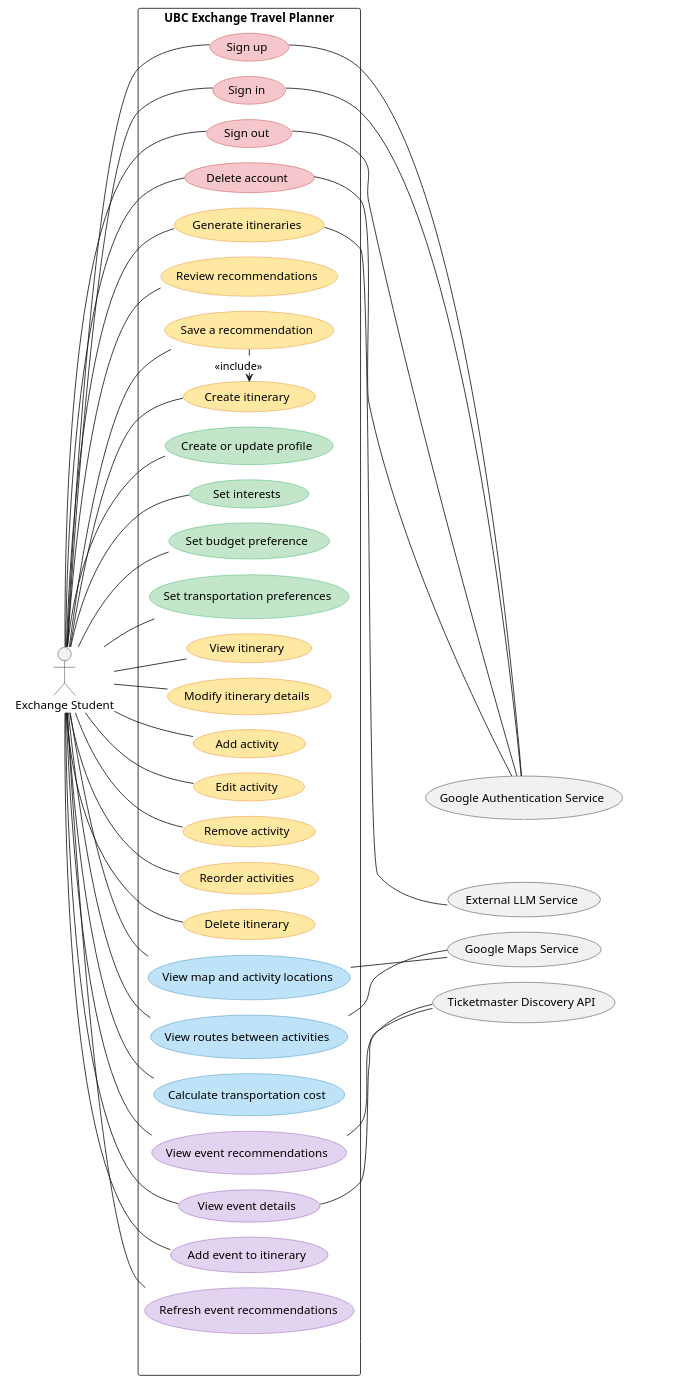
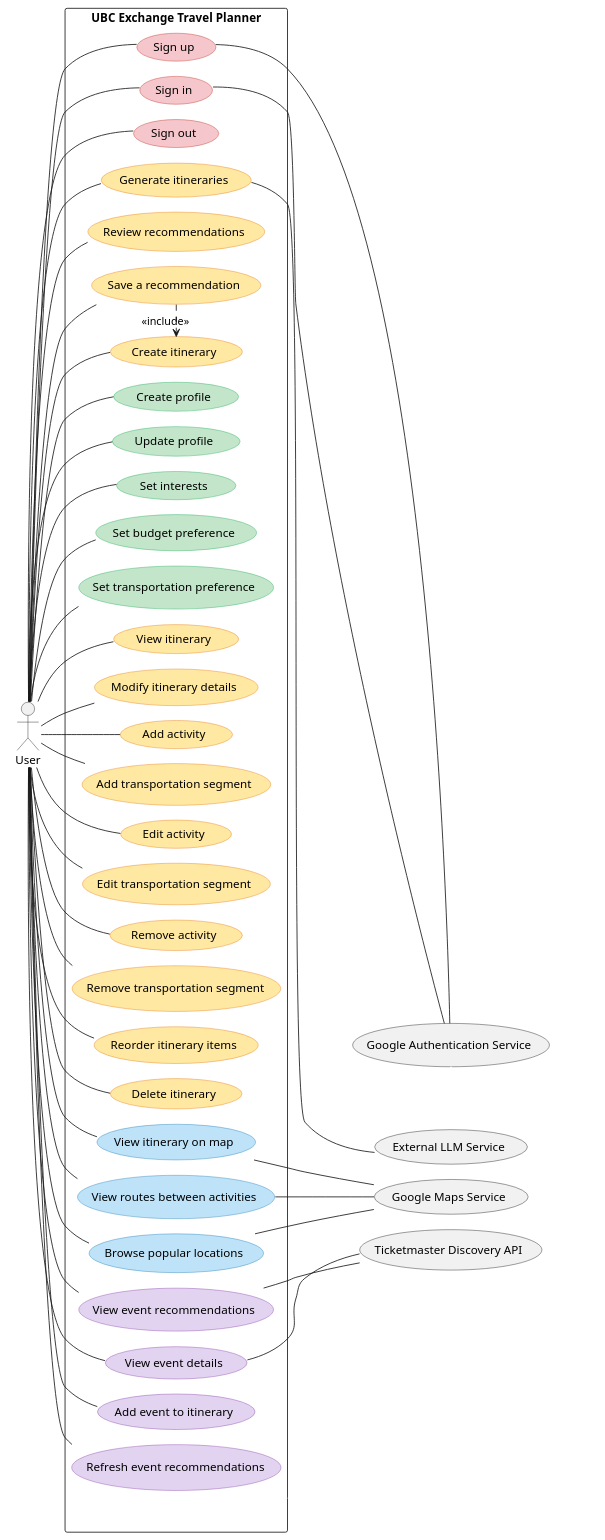
Before and after one commit to UBC-CPEN-V-321/W2026: the diagram in documentation/images/Usecase_diagram_recreated.puml, drawn with PlantUML. The commit also changed 83 other files, not shown here.

```diff
--- a/documentation/images/Usecase_diagram_recreated.puml
+++ b/documentation/images/Usecase_diagram_recreated.puml
@@ -1,116 +1,121 @@
-@startuml
+@startuml Usecase_diagram_user
 !pragma layout smetana
 left to right direction
 skinparam packageStyle rectangle
 skinparam ranksep 150
 skinparam nodesep 20
 hide stereotype
 
 skinparam rectangle {
   BorderColor<<invis>> Transparent
   BackgroundColor<<invis>> Transparent
   ShadowColor<<invis>> Transparent
   FontColor<<invis>> Transparent
 }
 
 skinparam usecase {
   BackgroundColor<<auth>> #F5C6CB
   BorderColor<<auth>> #C0392B
   BackgroundColor<<profile>> #C3E6CB
   BorderColor<<profile>> #27AE60
   BackgroundColor<<itinerary>> #FFE8A1
   BorderColor<<itinerary>> #E67E22
   BackgroundColor<<maps>> #BEE3F8
   BorderColor<<maps>> #2980B9
   BackgroundColor<<event>> #E2D4F0
   BorderColor<<event>> #8E44AD
 }
 
 rectangle " " as ActorsBox <<invis>> {
-  actor "Exchange Student" as Traveller
+  actor "User" as Traveller
 }
 
 rectangle "UBC Exchange Travel Planner" as SystemBox {
   usecase "Sign up" as UC1 <<auth>>
   usecase "Sign in" as UC2 <<auth>>
   usecase "Sign out" as UC3 <<auth>>
-  usecase "Delete account" as UC4 <<auth>>
 
   usecase "Generate itineraries" as UC14 <<itinerary>>
   usecase "Review recommendations" as UC19 <<itinerary>>
   usecase "Save a recommendation" as UC20 <<itinerary>>
   usecase "Create itinerary" as UC9 <<itinerary>>
 
-  usecase "Create or update profile" as UC5 <<profile>>
+  usecase "Create profile" as UC5 <<profile>>
+  usecase "Update profile" as UC27 <<profile>>
   usecase "Set interests" as UC6 <<profile>>
   usecase "Set budget preference" as UC7 <<profile>>
-  usecase "Set transportation preferences" as UC8 <<profile>>
+  usecase "Set transportation preference" as UC8 <<profile>>
 
   usecase "View itinerary" as UC10 <<itinerary>>
   usecase "Modify itinerary details" as UC21 <<itinerary>>
   usecase "Add activity" as UC11 <<itinerary>>
+  usecase "Add transportation segment" as UC29 <<itinerary>>
   usecase "Edit activity" as UC12 <<itinerary>>
+  usecase "Edit transportation segment" as UC30 <<itinerary>>
   usecase "Remove activity" as UC13 <<itinerary>>
-  usecase "Reorder activities" as UC22 <<itinerary>>
+  usecase "Remove transportation segment" as UC31 <<itinerary>>
+  usecase "Reorder itinerary items" as UC22 <<itinerary>>
   usecase "Delete itinerary" as UC23 <<itinerary>>
 
-  usecase "View map and activity locations" as UC15 <<maps>>
+  usecase "View itinerary on map" as UC15 <<maps>>
   usecase "View routes between activities" as UC16 <<maps>>
-  usecase "Calculate transportation cost" as UC17 <<maps>>
+  usecase "Browse popular locations" as UC28 <<maps>>
 
   usecase "View event recommendations" as UC18 <<event>>
   usecase "View event details" as UC24 <<event>>
   usecase "Add event to itinerary" as UC25 <<event>>
   usecase "Refresh event recommendations" as UC26 <<event>>
 }
 
 rectangle " " as ExternalBox <<invis>> {
   rectangle "External services horizontal spacing placeholder" as ExternalPad <<invis>>
   usecase "Google Authentication Service" as ExtAuth
   usecase "External LLM Service" as AIService
   usecase "Google Maps Service" as GoogleMaps
   usecase "Ticketmaster Discovery API" as EventService
 
   ExternalPad -[#FFFFFF]right-> ExtAuth
 }
 
 Traveller -- UC1
 Traveller -- UC2
 Traveller -- UC3
-Traveller -- UC4
 Traveller -- UC5
+Traveller -- UC27
 Traveller -- UC6
 Traveller -- UC7
 Traveller -- UC8
 Traveller -- UC9
 Traveller -- UC10
 Traveller -- UC19
 Traveller -- UC20
 Traveller -- UC21
 Traveller -- UC11
+Traveller -- UC29
 Traveller -- UC12
+Traveller -- UC30
 Traveller -- UC13
+Traveller -- UC31
 Traveller -- UC22
 Traveller -- UC23
 Traveller -- UC15
 Traveller -- UC16
-Traveller -- UC17
+Traveller -- UC28
 Traveller -- UC18
 Traveller -- UC24
 Traveller -- UC25
 Traveller -- UC26
 
 Traveller -- UC14
 UC9 <.left. UC20 : <<include>>
 SystemBox -[#FFFFFF]right-> ExternalBox
 
 UC1 -[norank]- ExtAuth
 UC2 -[norank]- ExtAuth
-UC3 -[norank]- ExtAuth
-UC4 -[norank]- ExtAuth
 UC14 -[norank]- AIService
 UC15 -[norank]- GoogleMaps
 UC16 -[norank]- GoogleMaps
+UC28 -[norank]- GoogleMaps
 UC18 -[norank]- EventService
 UC24 -[norank]- EventService
 @enduml
```
